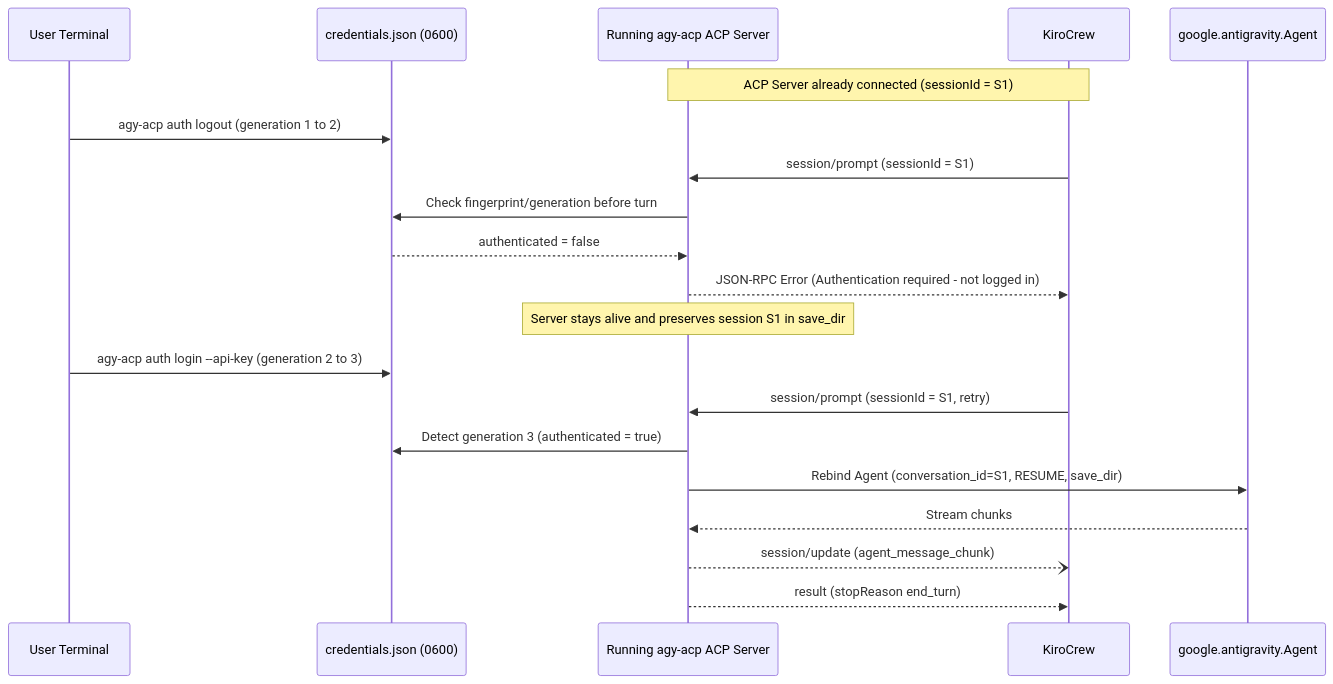
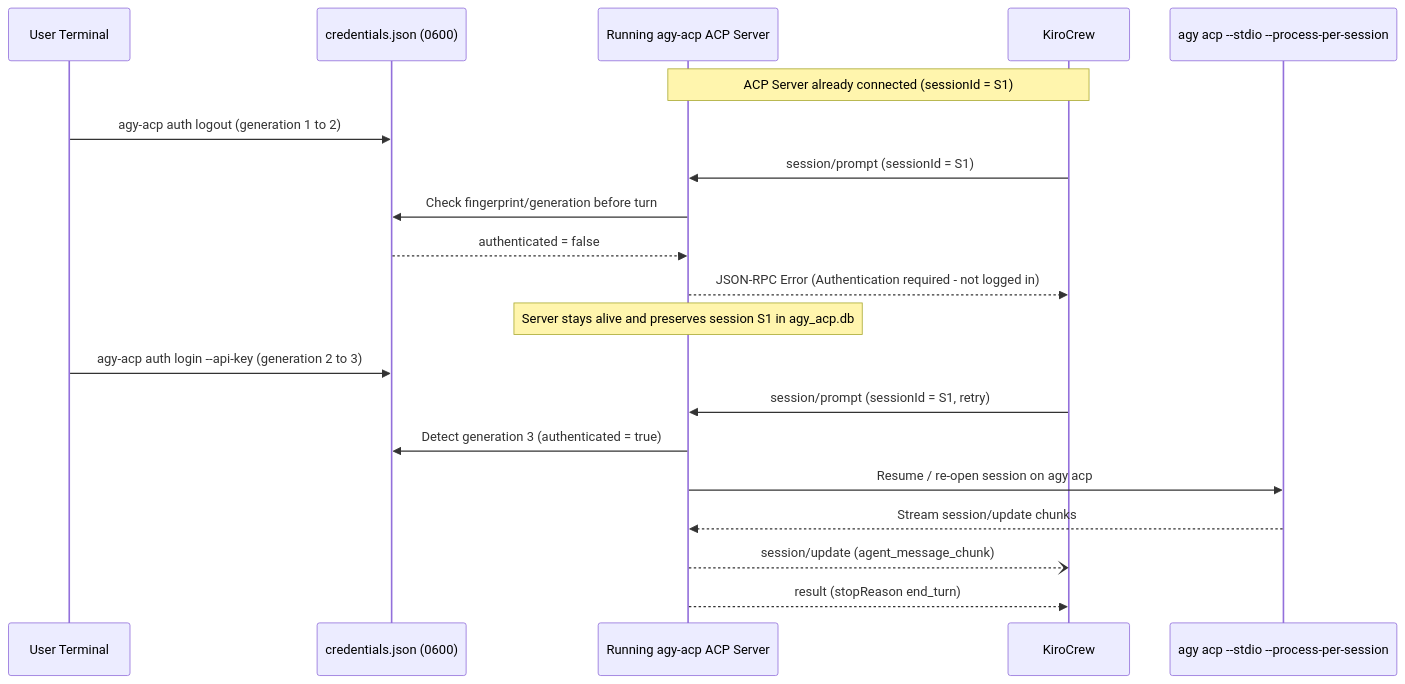
One commit to benwart/agy-acp changed the diagram in docs/requirements/authentication.md. Above: the diagram before and after it, drawn with Mermaid. The commit also changed other lines of this file and 13 other files, not shown here.

Commit message:
docs(acp): update architecture, design, requirements, and runbooks for agy acp subprocess bridge

````diff
--- a/docs/requirements/authentication.md
+++ b/docs/requirements/authentication.md
@@ -46,23 +34,23 @@
 ```mermaid
 sequenceDiagram
     participant User as User Terminal
     participant Store as credentials.json (0600)
     participant ACP as Running agy-acp ACP Server
     participant KC as KiroCrew
-    participant SDK as google.antigravity.Agent
+    participant AGY as agy acp --stdio --process-per-session
 
     Note over ACP,KC: ACP Server already connected (sessionId = S1)
     User->>Store: agy-acp auth logout (generation 1 to 2)
     KC->>ACP: session/prompt (sessionId = S1)
     ACP->>Store: Check fingerprint/generation before turn
     Store-->>ACP: authenticated = false
     ACP-->>KC: JSON-RPC Error (Authentication required - not logged in)
-    Note over ACP: Server stays alive and preserves session S1 in save_dir
+    Note over ACP: Server stays alive and preserves session S1 in agy_acp.db
     User->>Store: agy-acp auth login --api-key (generation 2 to 3)
     KC->>ACP: session/prompt (sessionId = S1, retry)
     ACP->>Store: Detect generation 3 (authenticated = true)
-    ACP->>SDK: Rebind Agent (conversation_id=S1, RESUME, save_dir)
-    SDK-->>ACP: Stream chunks
+    ACP->>AGY: Resume / re-open session on agy acp
+    AGY-->>ACP: Stream session/update chunks
     ACP--)KC: session/update (agent_message_chunk)
     ACP-->>KC: result (stopReason end_turn)
 ```
````
